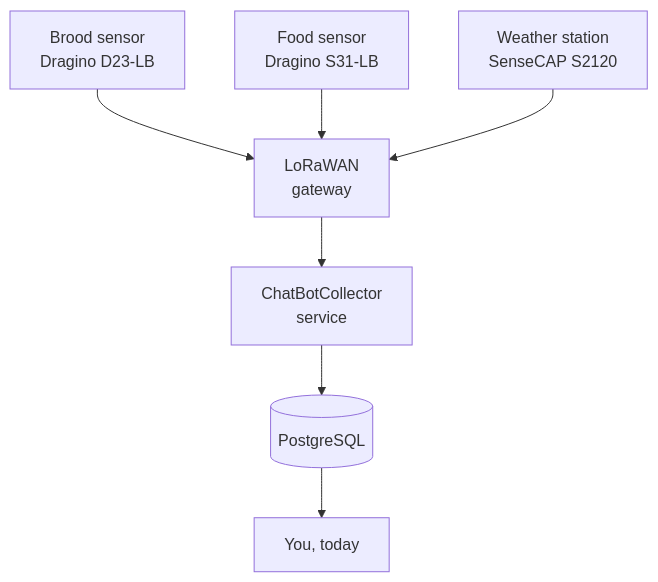
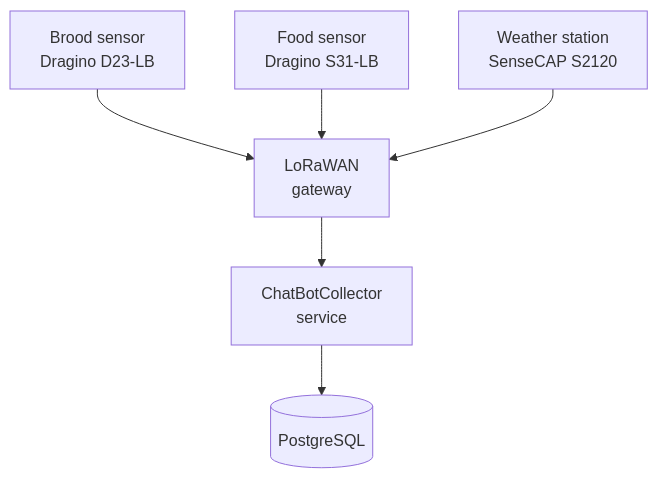
Before and after one commit to arkadiahn/beehappy-workshop: the diagram in beehappy-workshop-slide/slides.md, drawn with Mermaid. The commit also changed other lines of this file and 3 other files, not shown here.

````diff
--- a/beehappy-workshop-slide/slides.md
+++ b/beehappy-workshop-slide/slides.md
@@ -78,9 +78,8 @@
 ```mermaid {scale: 0.62, theme: 'base', themeVariables: {primaryColor: '#fef3c7', primaryBorderColor: '#f59e0b', primaryTextColor: '#92400e', lineColor: '#d97706', secondaryColor: '#fde68a', tertiaryColor: '#fffbeb', fontFamily: 'Inter, sans-serif'}}
 graph TD
   A[Brood sensor<br/>Dragino D23-LB] --> G[LoRaWAN<br/>gateway]
   B[Food sensor<br/>Dragino S31-LB] --> G
   C[Weather station<br/>SenseCAP S2120] --> G
   G --> D[ChatBotCollector<br/>service]
   D --> E[(PostgreSQL)]
-  E --> F[You, today]
 ```
````
